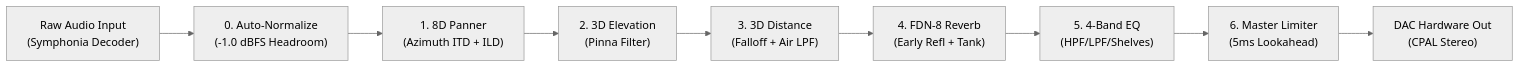
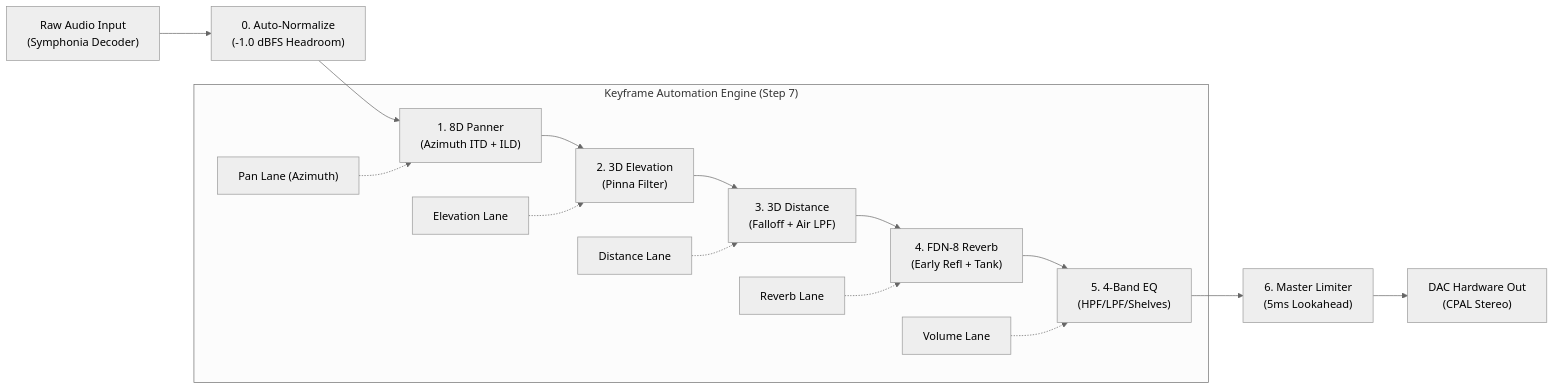
One commit to HaiCLOP/Orbiter changed the diagram in README.md. Above: the diagram before and after it, drawn with Mermaid (neutral theme). The commit also changed other lines of this file and 11 other files, not shown here.

First line of the commit message:
feat: Step 7 - Multi-lane automation engine and interactive Bézier graph editor

````diff
--- a/README.md
+++ b/README.md
@@ -49,11 +51,19 @@
 ```mermaid
 flowchart LR
     A["Raw Audio Input\n(Symphonia Decoder)"] --> B["0. Auto-Normalize\n(-1.0 dBFS Headroom)"]
     B --> C["1. 8D Panner\n(Azimuth ITD + ILD)"]
     C --> D["2. 3D Elevation\n(Pinna Filter)"]
     D --> E["3. 3D Distance\n(Falloff + Air LPF)"]
     E --> F["4. FDN-8 Reverb\n(Early Refl + Tank)"]
     F --> G["5. 4-Band EQ\n(HPF/LPF/Shelves)"]
     G --> H["6. Master Limiter\n(5ms Lookahead)"]
     H --> I["DAC Hardware Out\n(CPAL Stereo)"]
+    
+    subgraph AutomationEngine ["Keyframe Automation Engine (Step 7)"]
+        K1["Pan Lane (Azimuth)"] -.-> C
+        K2["Elevation Lane"] -.-> D
+        K3["Distance Lane"] -.-> E
+        K4["Reverb Lane"] -.-> F
+        K5["Volume Lane"] -.-> G
+    end
 ```
````
